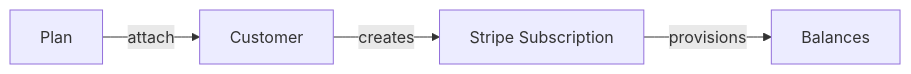
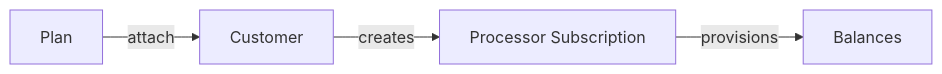
The diagram in billing/apps/docs/mintlify/documentation/concepts/subscriptions.mdx (envision5/MeterPal), drawn with Mermaid before and after one commit. The commit also changed other lines of this file and 5308 other files, not shown here.

````diff
--- a/billing/apps/docs/mintlify/documentation/concepts/subscriptions.mdx
+++ b/billing/apps/docs/mintlify/documentation/concepts/subscriptions.mdx
@@ -8,6 +8,6 @@
 ```mermaid
 flowchart LR
     P[Plan] -->|attach| C[Customer]
-    C -->|creates| S[Stripe Subscription]
+    C -->|creates| S[Processor Subscription]
     S -->|provisions| B[Balances]
 ```
````
